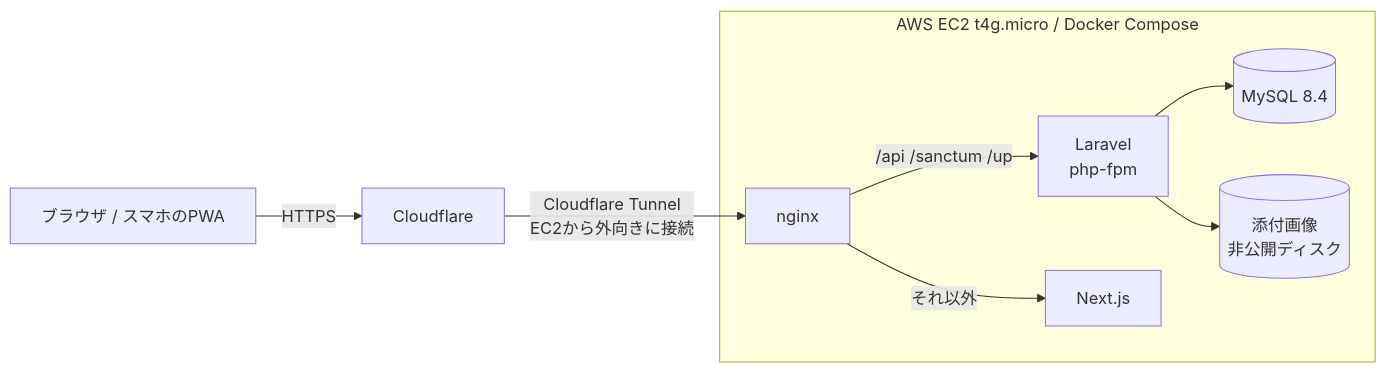
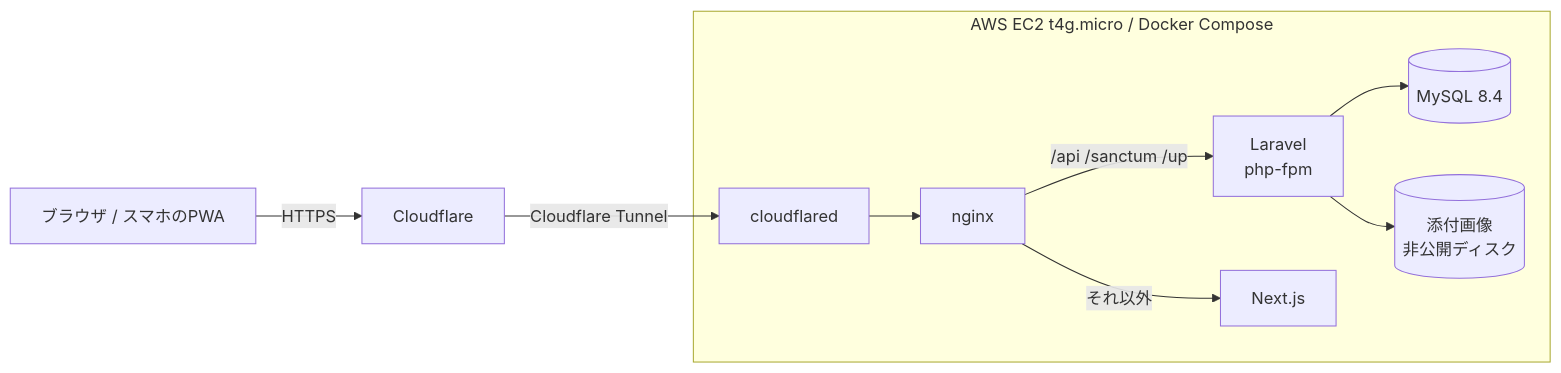
Before and after one commit to drasewkit/kakeibo: the diagram in README.md, drawn with Mermaid. The commit also changed other lines of this file, not shown here.

Commit message:
システム構成の図に cloudflared を加える
Cloudflare Tunnel は EC2 上の cloudflared コンテナが受けて nginx に渡しているが、
図では Tunnel が nginx に直接つながっているように見えていた。実際の経路に合わせ、
説明文にも cloudflared が外向きに接続することを書く。

````diff
--- a/README.md
+++ b/README.md
@@ -34,11 +34,12 @@
 ```mermaid
 flowchart LR
   user[ブラウザ / スマホのPWA] -->|HTTPS| cf[Cloudflare]
-  cf -->|Cloudflare Tunnel<br>EC2から外向きに接続| nginx
+  cf -->|Cloudflare Tunnel| cloudflared
   subgraph ec2[AWS EC2 t4g.micro / Docker Compose]
+    cloudflared --> nginx
     nginx -->|/api /sanctum /up| backend[Laravel<br>php-fpm]
     nginx -->|それ以外| frontend[Next.js]
     backend --> mysql[(MySQL 8.4)]
     backend --> images[(添付画像<br>非公開ディスク)]
   end
 ```
````
